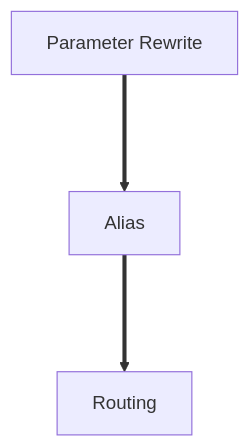
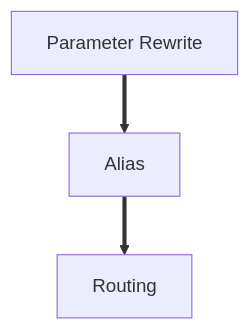
Before and after one commit to connexcs/docs: the diagram in docs/number-manipulation.md, drawn with Mermaid.

````diff
--- a/docs/number-manipulation.md
+++ b/docs/number-manipulation.md
@@ -13,4 +13,4 @@
 ```mermaid
 graph TD
-A[Parameter Rewrite] ===> B[Alias] ===> C[Routing]
+A[Parameter Rewrite] ==> B[Alias] ==> C[Routing]
 ```
````
